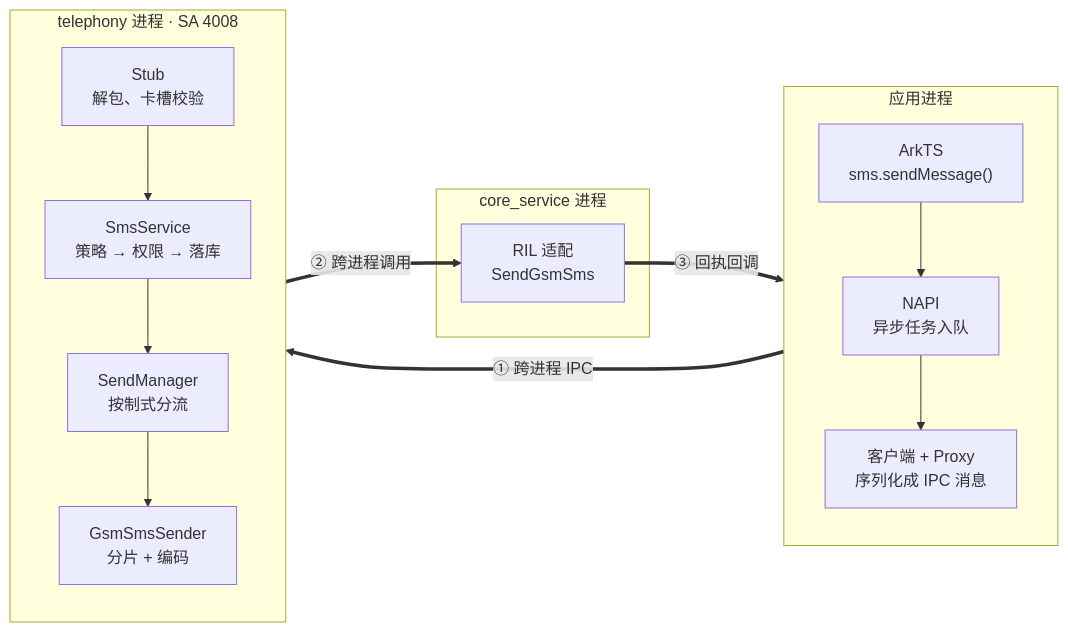
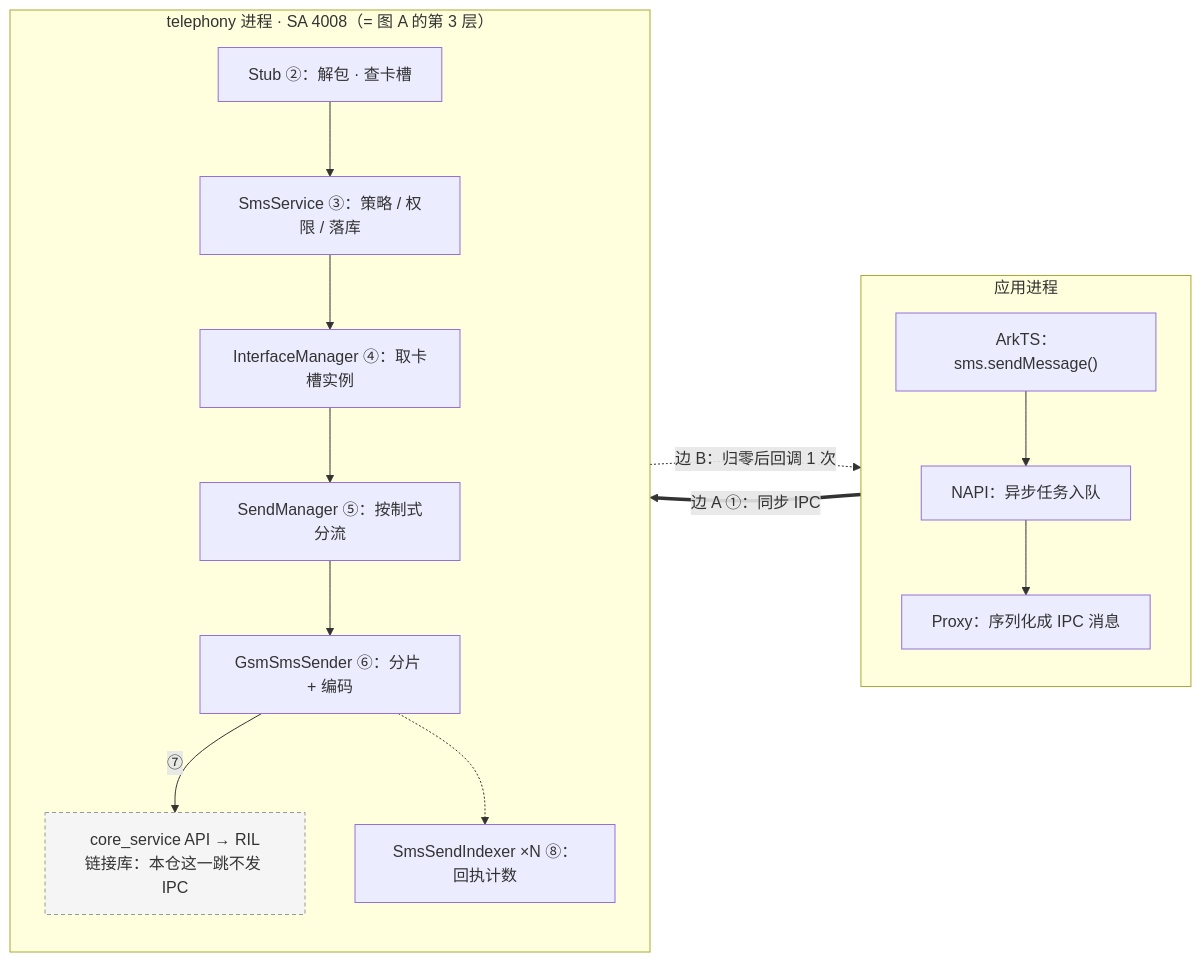
Before and after one commit to hjl12345/OpneHarmonyTeamWork: the third of 11 diagrams in report_work/G12_sms_mms/汇报脚本.md, drawn with Mermaid. The commit also changed other lines of this file and 15 other files, not shown here.

````diff
--- a/report_work/G12_sms_mms/汇报脚本.md
+++ b/report_work/G12_sms_mms/汇报脚本.md
@@ -210,24 +249,26 @@
 ```mermaid
 flowchart LR
     subgraph P1["应用进程"]
         direction TB
-        a1["ArkTS<br/>sms.sendMessage()"]
-        a2["NAPI<br/>异步任务入队"]
-        a3["客户端 + Proxy<br/>序列化成 IPC 消息"]
+        a1["ArkTS：sms.sendMessage()"]
+        a2["NAPI：异步任务入队"]
+        a3["Proxy：序列化成 IPC 消息"]
         a1 --> a2 --> a3
     end
-    subgraph P2["telephony 进程 · SA 4008"]
+    subgraph P2["telephony 进程 · SA 4008（= 图 A 的第 3 层）"]
         direction TB
-        b1["Stub<br/>解包、卡槽校验"]
-        b2["SmsService<br/>策略 → 权限 → 落库"]
-        b3["SendManager<br/>按制式分流"]
-        b4["GsmSmsSender<br/>分片 + 编码"]
-        b1 --> b2 --> b3 --> b4
+        b1["Stub ②：解包 · 查卡槽"]
+        b2["SmsService ③：策略 / 权限 / 落库"]
+        b3["InterfaceManager ④：取卡槽实例"]
+        b4["SendManager ⑤：按制式分流"]
+        b5["GsmSmsSender ⑥：分片 + 编码"]
+        b6["SmsSendIndexer ×N ⑧：回执计数"]
+        r["core_service API → RIL<br/>链接库：本仓这一跳不发 IPC"]
+        b1 --> b2 --> b3 --> b4 --> b5
+        b5 -->|"⑦"| r
+        b5 -.-> b6
     end
-    subgraph P3["core_service 进程"]
-        c1["RIL 适配<br/>SendGsmSms"]
-    end
-    a3 ==>|"① 跨进程 IPC"| b1
-    b4 ==>|"② 跨进程调用"| c1
-    c1 ==>|"③ 回执回调"| a3
+    a3 ==>|"边 A ①：同步 IPC"| b1
+    b6 -.->|"边 B：归零后回调 1 次"| a3
+    style r fill:#F5F5F5,stroke:#999999,stroke-dasharray:4 3
 ```
````
